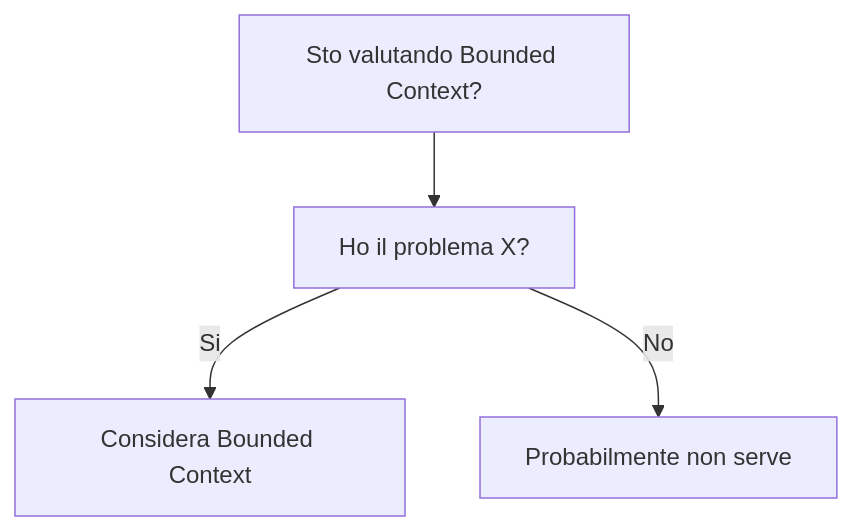
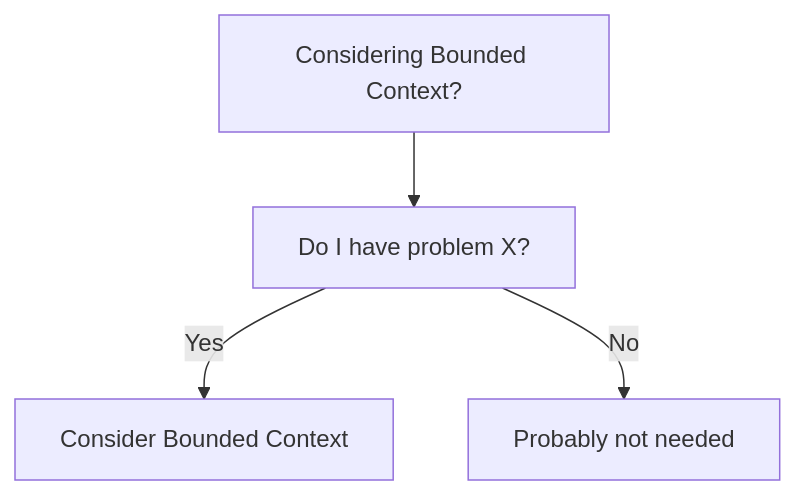
Before and after one commit to HxT9/Software-Dev-Wiki: the diagram in dev-wiki/20_DDD/Bounded_Context/When_To_Use.md, drawn with Mermaid. The commit also changed other lines of this file and 3444 other files, not shown here.

````diff
--- a/dev-wiki/20_DDD/Bounded_Context/When_To_Use.md
+++ b/dev-wiki/20_DDD/Bounded_Context/When_To_Use.md
@@ -19,6 +19,6 @@
 ```mermaid
 flowchart TD
-  Q[Sto valutando Bounded Context?] --> Q1[Ho il problema X?]
-  Q1 -->|Si| OK[Considera Bounded Context]
-  Q1 -->|No| NO[Probabilmente non serve]
+  Q[Considering Bounded Context?] --> Q1[Do I have problem X?]
+  Q1 -->|Yes| OK[Consider Bounded Context]
+  Q1 -->|No| NO[Probably not needed]
 ```
````
